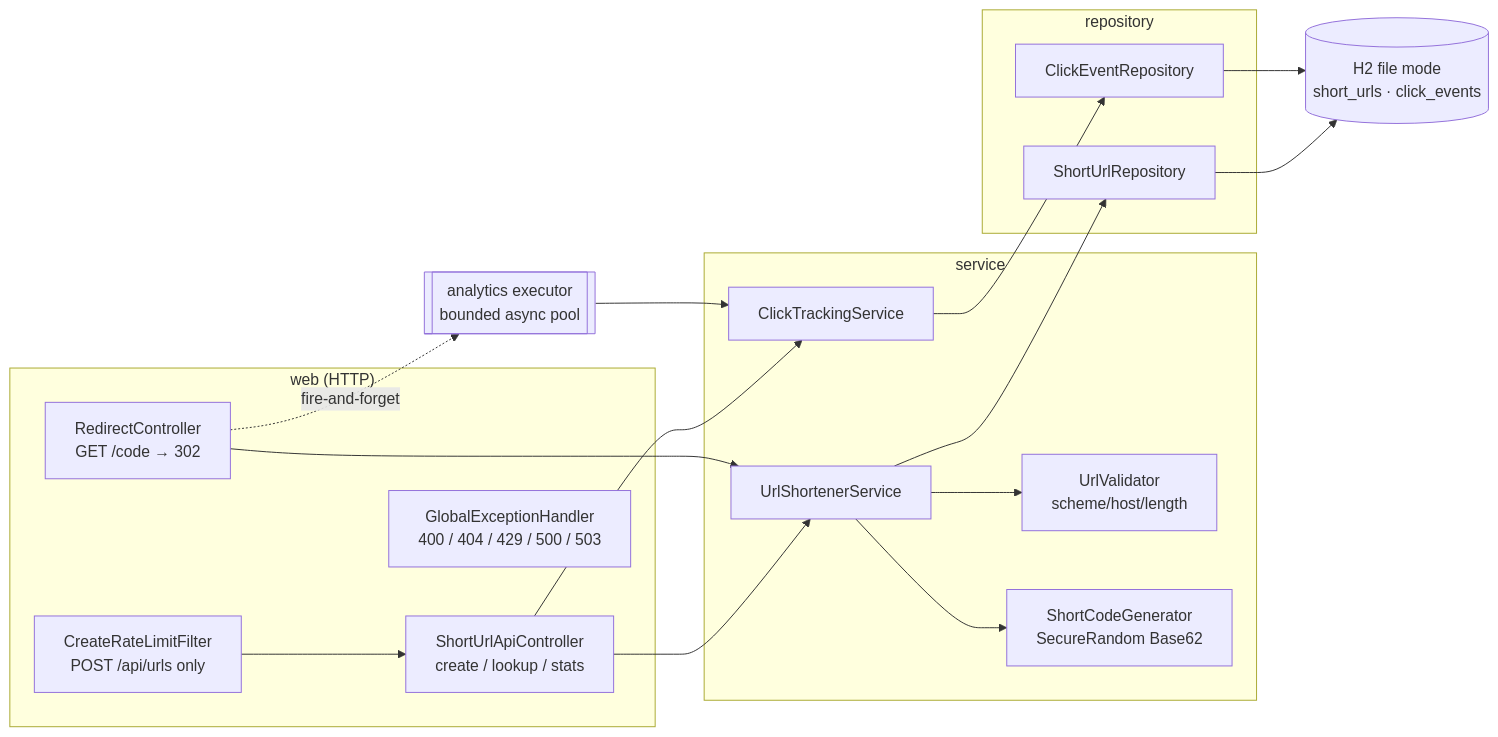
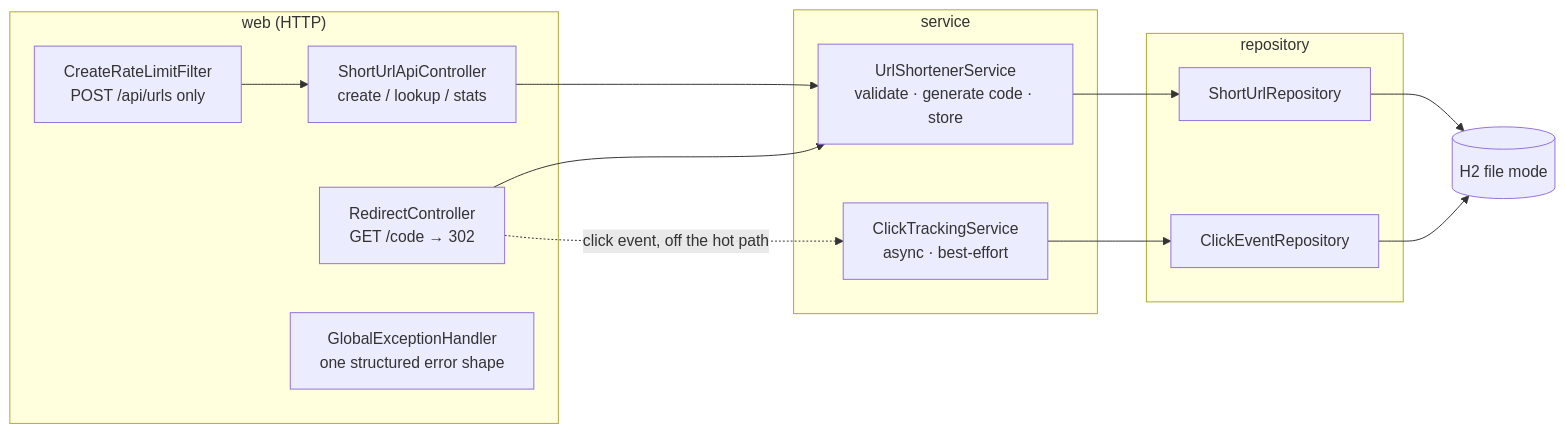
The diagram in README.md (AllenLeiZhao/url-shortener), drawn with Mermaid before and after one commit.

Commit message:
README: simplify architecture diagram to component overview; details stay in control-flow text

````diff
--- a/README.md
+++ b/README.md
@@ -42,34 +42,24 @@
 ```mermaid
 flowchart LR
     subgraph web["web (HTTP)"]
         RL[CreateRateLimitFilter<br/>POST /api/urls only]
         API[ShortUrlApiController<br/>create / lookup / stats]
         RD[RedirectController<br/>GET /code → 302]
-        EH[GlobalExceptionHandler<br/>400 / 404 / 429 / 500 / 503]
+        EH[GlobalExceptionHandler<br/>one structured error shape]
     end
     subgraph service
-        US[UrlShortenerService]
-        V[UrlValidator<br/>scheme/host/length]
-        G[ShortCodeGenerator<br/>SecureRandom Base62]
-        CT[ClickTrackingService]
+        US[UrlShortenerService<br/>validate · generate code · store]
+        CT[ClickTrackingService<br/>async · best-effort]
     end
     subgraph repository
         SR[ShortUrlRepository]
         CR[ClickEventRepository]
     end
-    DB[(H2 file mode<br/>short_urls · click_events)]
-    EX[[analytics executor<br/>bounded async pool]]
+    DB[(H2 file mode)]
 
-    RL --> API
-    API --> US
+    RL --> API --> US
     RD --> US
-    API --> CT
-    US --> V
-    US --> G
-    US --> SR
-    RD -. fire-and-forget .-> EX
-    EX --> CT
-    CT --> CR
-    SR --> DB
-    CR --> DB
+    RD -. click event, off the hot path .-> CT
+    US --> SR --> DB
+    CT --> CR --> DB
 ```
````
